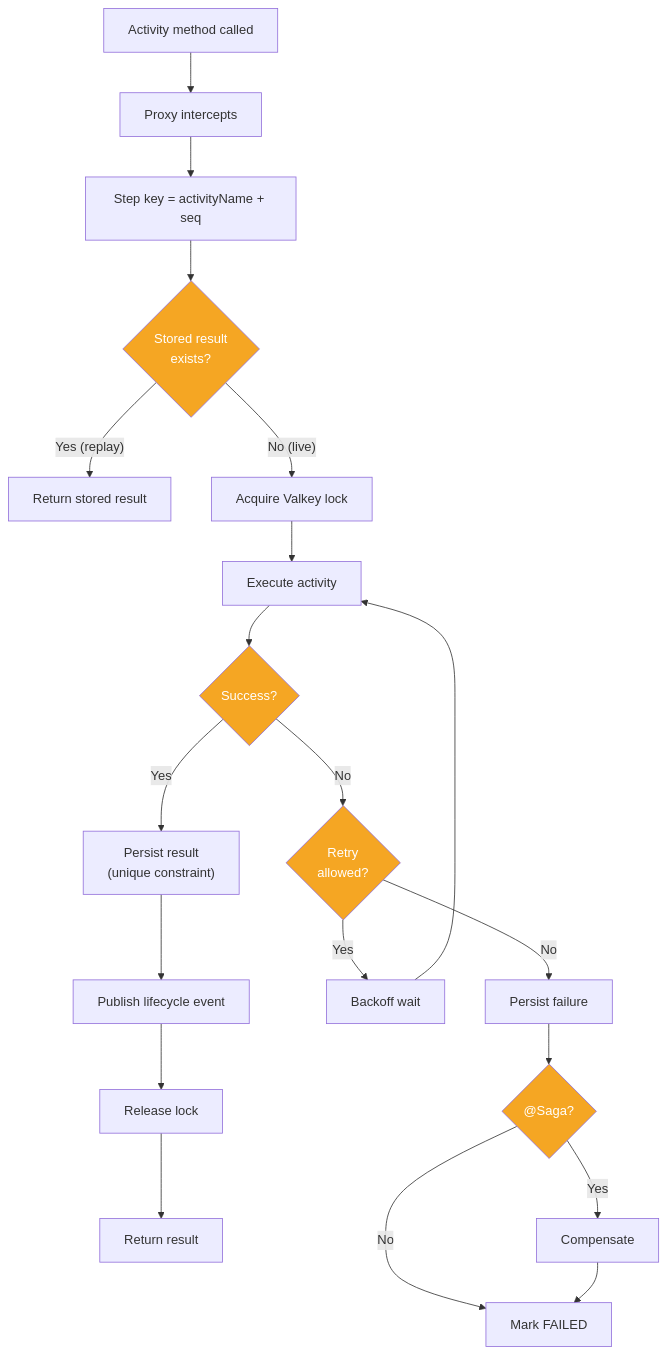
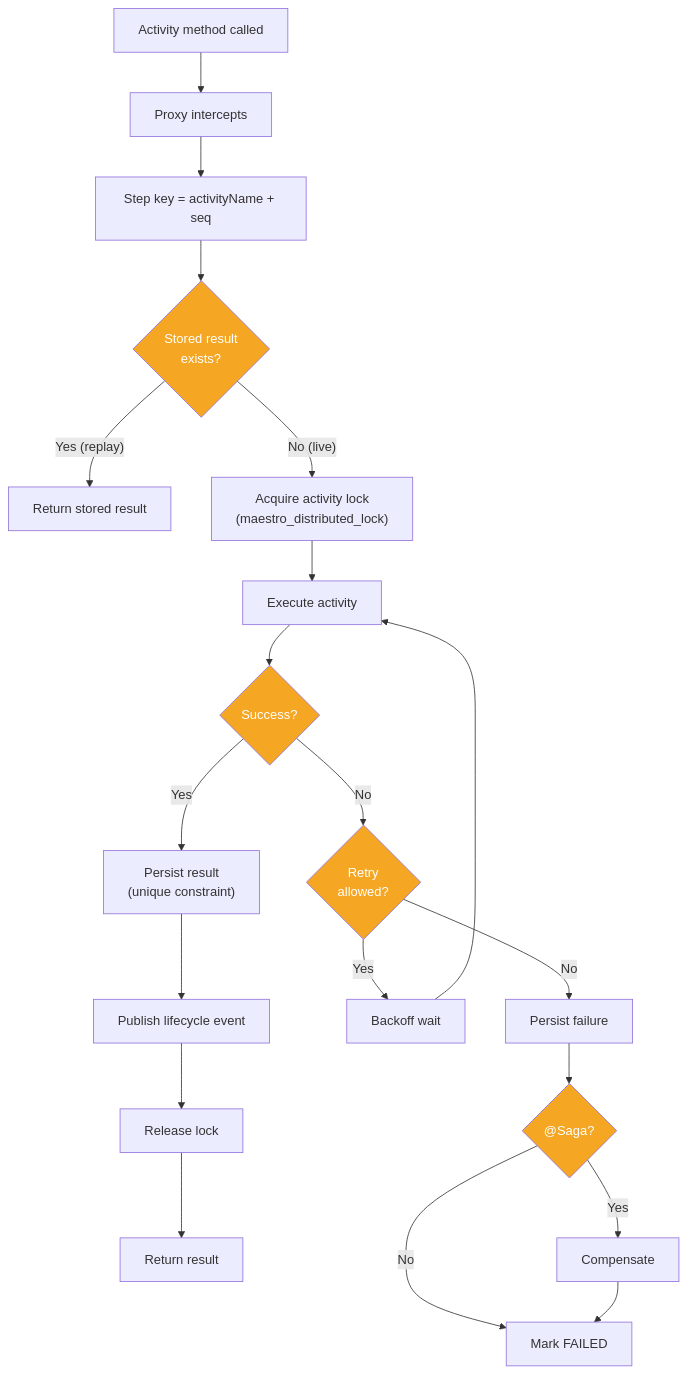
One commit to rakheen-dama/maestro changed the fifth of 15 diagrams in docs/maestro-architecture.md. Above: the diagram before and after it, drawn with Mermaid. The commit also changed other lines of this file and 22 other files, not shown here.

````diff
--- a/docs/maestro-architecture.md
+++ b/docs/maestro-architecture.md
@@ -214,27 +205,27 @@
 ```mermaid
 flowchart TD
     A["Activity method called"] --> B["Proxy intercepts"]
     B --> C["Step key = activityName + seq"]
     C --> D{"Stored result<br/>exists?"}
     D -- "Yes (replay)" --> E["Return stored result"]
-    D -- "No (live)" --> F["Acquire Valkey lock"]
+    D -- "No (live)" --> F["Acquire activity lock<br/>(maestro_distributed_lock)"]
     F --> G["Execute activity"]
     G --> H{"Success?"}
     H -- "Yes" --> I["Persist result<br/>(unique constraint)"]
     I --> J["Publish lifecycle event"]
     J --> K["Release lock"]
     K --> L["Return result"]
     H -- "No" --> M{"Retry<br/>allowed?"}
     M -- "Yes" --> N["Backoff wait"]
     N --> G
     M -- "No" --> O["Persist failure"]
     O --> P{"@Saga?"}
     P -- "Yes" --> Q["Compensate"]
     P -- "No" --> R["Mark FAILED"]
     Q --> R
 
     style D fill:#F5A623,color:#fff
     style H fill:#F5A623,color:#fff
     style M fill:#F5A623,color:#fff
     style P fill:#F5A623,color:#fff
 ```
````
